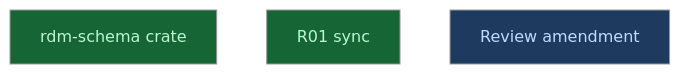
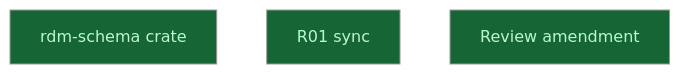
The diagram in __roadmap__/m0b-domain-model-spec/read/crate/README.md (CrackingShells/cracking-shells-playbook), drawn with Mermaid (neutral theme) before and after one commit. The commit also changed other lines of this file and 2 other files, not shown here.

Commit message:
docs(design): sync r01 with the m0b review

````diff
--- a/__roadmap__/m0b-domain-model-spec/read/crate/README.md
+++ b/__roadmap__/m0b-domain-model-spec/read/crate/README.md
@@ -19,11 +19,11 @@
 ```mermaid
 graph TD
     rdm_schema_crate[rdm-schema crate]:::done
     r01_sync[R01 sync]:::done
-    review[Review amendment]:::amendment
+    review[Review amendment]:::done
     classDef done       fill:#166534,color:#bbf7d0
     classDef inprogress fill:#854d0e,color:#fef08a
     classDef planned    fill:#374151,color:#e5e7eb
     classDef amendment  fill:#1e3a5f,color:#bfdbfe
     classDef blocked    fill:#7f1d1d,color:#fecaca
 ```
````
